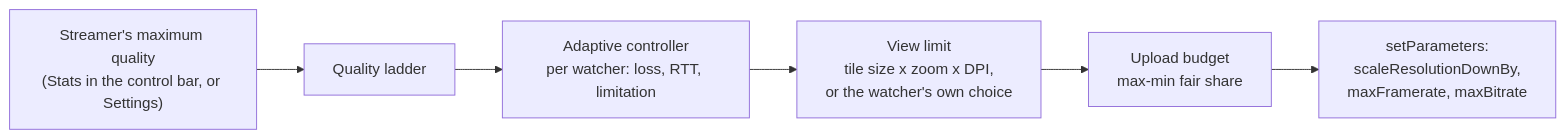
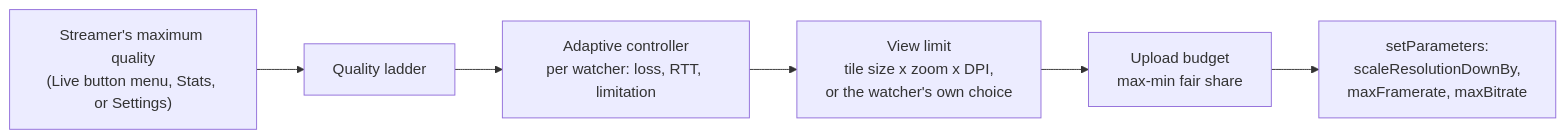
Before and after one commit to nsfxu/lan-screenshare: the third of 6 diagrams in docs/en-US/media-pipeline.md, drawn with Mermaid. The commit also changed 17 other files, not shown here.

First line of the commit message:
Put the sharing controls in a Live button, and add right-click menus

````diff
--- a/docs/en-US/media-pipeline.md
+++ b/docs/en-US/media-pipeline.md
@@ -107,8 +107,8 @@
 ```mermaid
 flowchart LR
-  A["Streamer's maximum quality<br/>(Stats in the control bar, or Settings)"] --> L["Quality ladder"]
+  A["Streamer's maximum quality<br/>(Live button menu, Stats, or Settings)"] --> L["Quality ladder"]
   L --> B["Adaptive controller<br/>per watcher: loss, RTT, limitation"]
   B --> C["View limit<br/>tile size x zoom x DPI,<br/>or the watcher's own choice"]
   C --> D["Upload budget<br/>max-min fair share"]
   D --> E["setParameters:<br/>scaleResolutionDownBy,<br/>maxFramerate, maxBitrate"]
 ```
````
